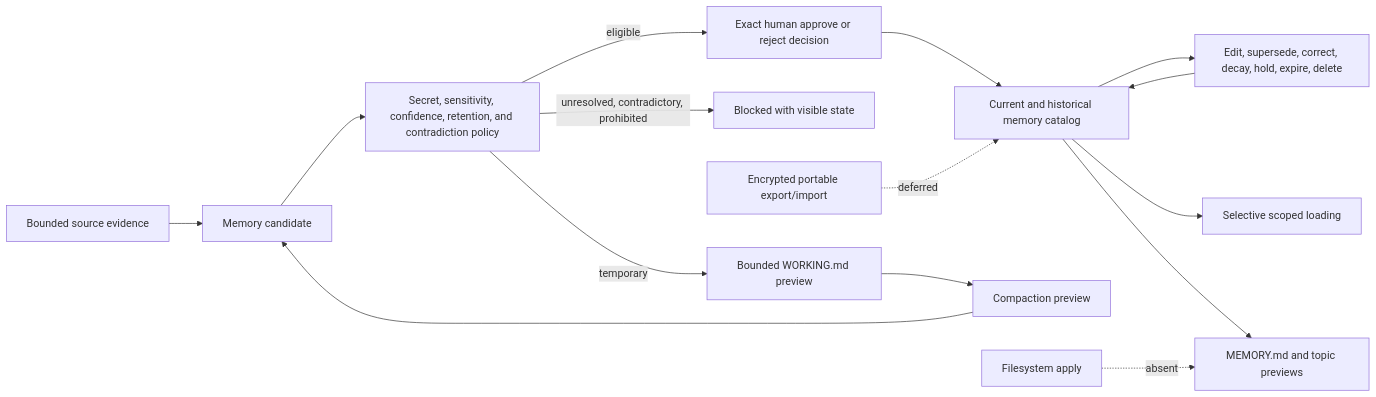
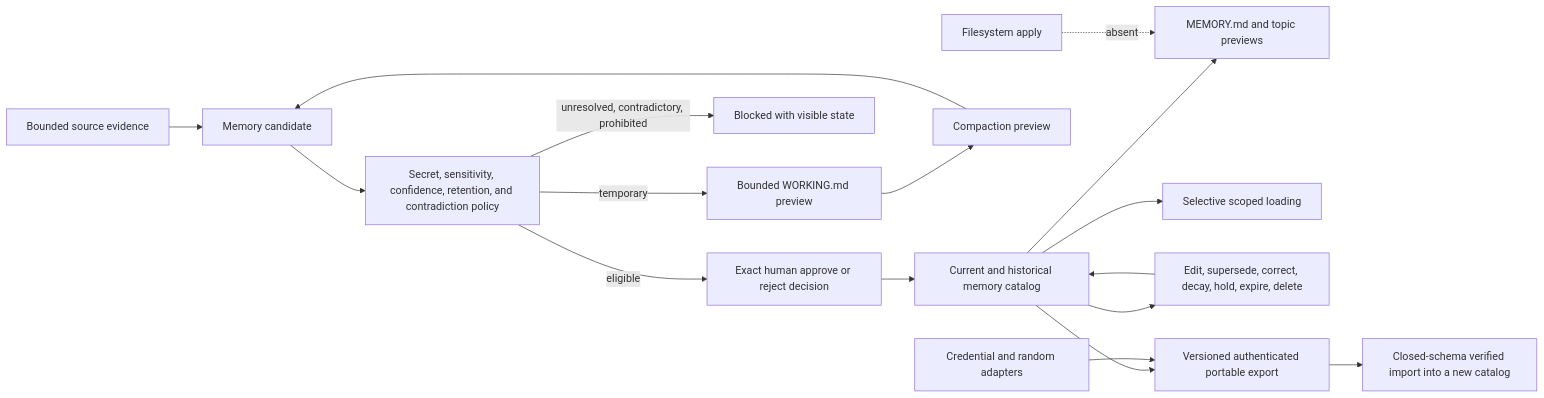
One commit to AaronNHorvitz/AgentMage changed the diagram in docs/architecture/source-backed-memory-boundary.md. Above: the diagram before and after it, drawn with Mermaid. The commit also changed other lines of this file and 9 other files, not shown here.

Commit message:
docs(memory): reconcile portable export boundary

````diff
--- a/docs/architecture/source-backed-memory-boundary.md
+++ b/docs/architecture/source-backed-memory-boundary.md
@@ -9,17 +9,19 @@
 ```mermaid
 flowchart LR
     S["Bounded source evidence"] --> C["Memory candidate"]
     C --> P["Secret, sensitivity, confidence, retention, and contradiction policy"]
     P -->|"temporary"| W["Bounded WORKING.md preview"]
     P -->|"unresolved, contradictory, prohibited"| B["Blocked with visible state"]
     P -->|"eligible"| H["Exact human approve or reject decision"]
     H --> L["Current and historical memory catalog"]
     L --> M["MEMORY.md and topic previews"]
     L --> R["Selective scoped loading"]
     W --> X["Compaction preview"]
     X --> C
     L --> T["Edit, supersede, correct, decay, hold, expire, delete"]
     T --> L
+    L --> E["Versioned authenticated portable export"]
+    E --> I["Closed-schema verified import into a new catalog"]
     F["Filesystem apply"] -. "absent" .-> M
-    E["Encrypted portable export/import"] -. "deferred" .-> L
+    K["Credential and random adapters"] --> E
 ```
````
